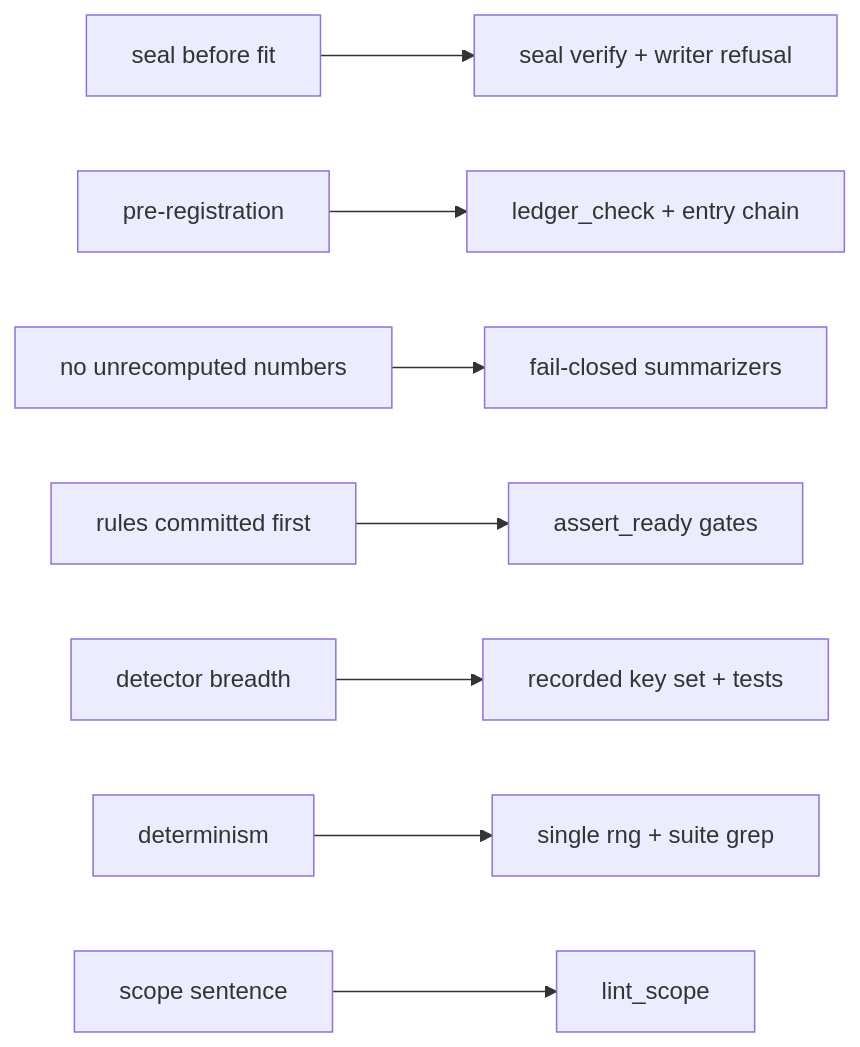
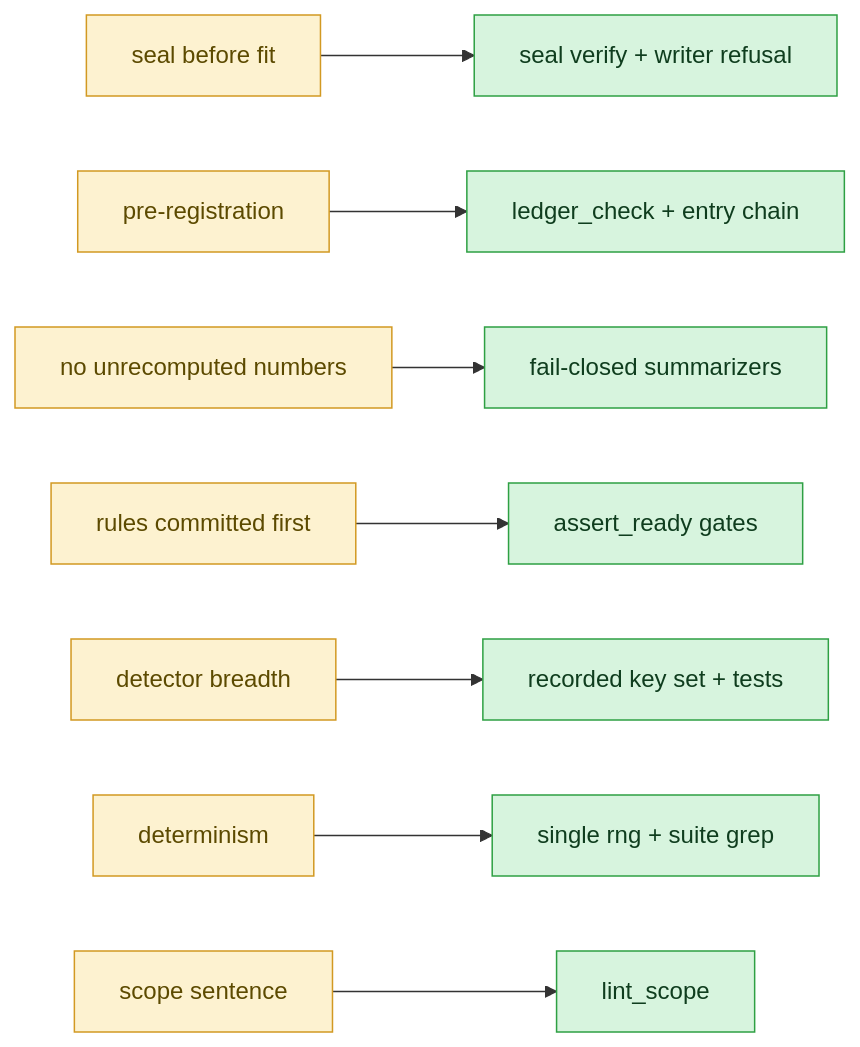
Before and after one commit to hossainpazooki/linear-ceiling: the fourth of 7 diagrams in README.md, drawn with Mermaid. The commit also changed other lines of this file, not shown here.

````diff
--- a/README.md
+++ b/README.md
@@ -126,10 +151,14 @@
 ```mermaid
 flowchart LR
     I1[seal before fit] --> C1[seal verify + writer refusal]
     I2[pre-registration] --> C2[ledger_check + entry chain]
     I3[no unrecomputed numbers] --> C3[fail-closed summarizers]
     I4[rules committed first] --> C4[assert_ready gates]
     I5[detector breadth] --> C5[recorded key set + tests]
     I6[determinism] --> C6[single rng + suite grep]
     I7[scope sentence] --> C7[lint_scope]
+    classDef rule fill:#fdf2d0,stroke:#d29922,color:#5c4a00;
+    classDef check fill:#d7f4de,stroke:#2ea043,color:#0f3d1e;
+    class I1,I2,I3,I4,I5,I6,I7 rule;
+    class C1,C2,C3,C4,C5,C6,C7 check;
 ```
````
